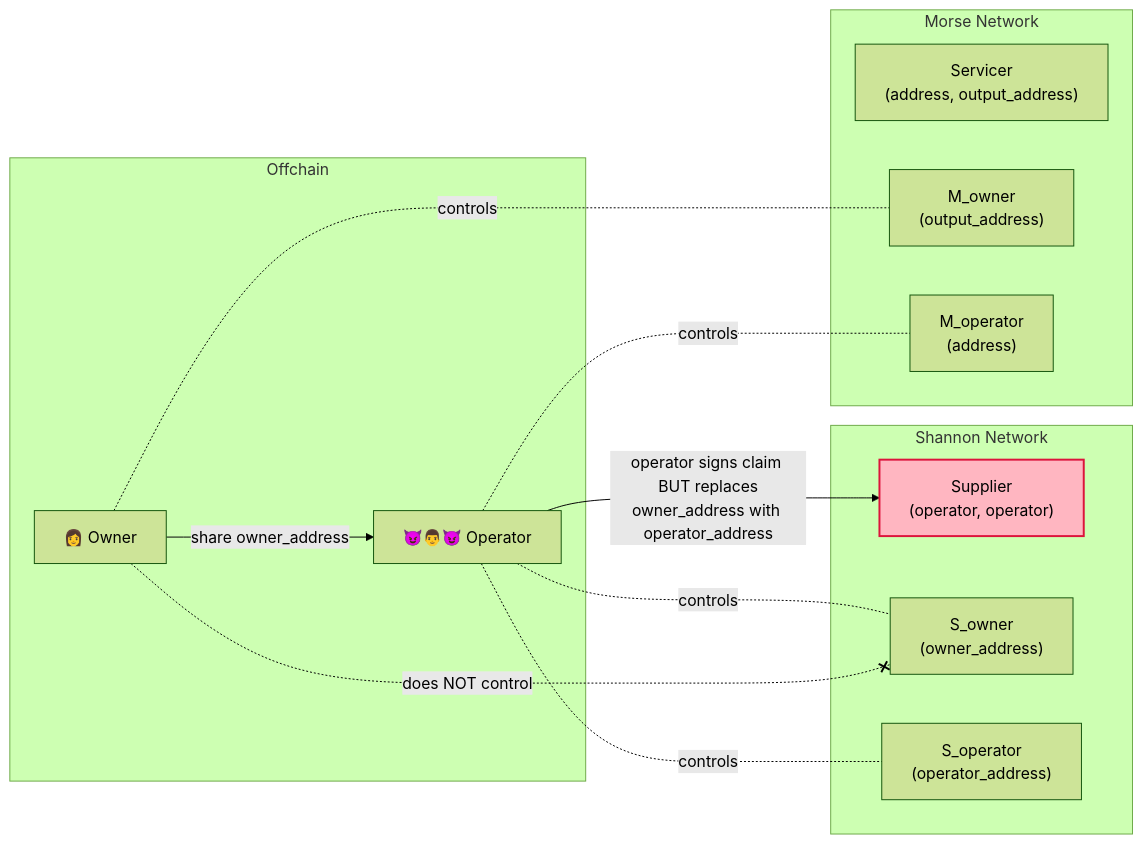
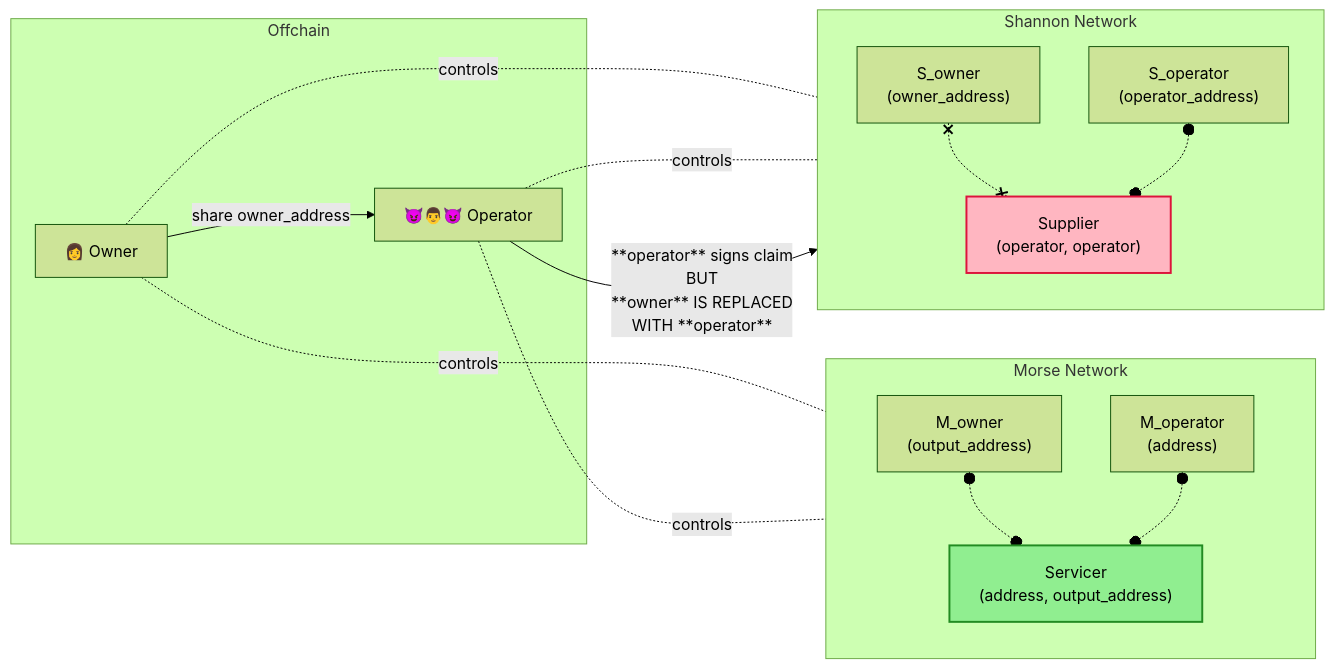
Before and after one commit to pokt-network/poktroll: the fourth of 4 diagrams in docusaurus/docs/2_explore/4_morse_migration/10_non_custodial_intro.md, drawn with Mermaid (forest theme). The commit also changed other lines of this file, not shown here.

````diff
--- a/docusaurus/docs/2_explore/4_morse_migration/10_non_custodial_intro.md
+++ b/docusaurus/docs/2_explore/4_morse_migration/10_non_custodial_intro.md
@@ -209,31 +234,42 @@
 ```mermaid
 graph LR
     subgraph Offchain[Offchain]
         Owner["👩 Owner"]
         Operator["😈👨😈 Operator"]
     end
 
     subgraph Morse[Morse Network]
+        direction TB
+
+        M_owner["M_owner<br/>(output_address)"]
         Servicer["Servicer<br/>(address, output_address)"]
-        M_owner["M_owner<br/>(output_address)"]
         M_operator["M_operator<br/>(address)"]
+
+        M_owner o-.-o Servicer
+        M_operator o-.-o Servicer
     end
 
     subgraph Shannon[Shannon Network]
+        direction TB
+
+        S_owner["S_owner<br/>(owner_address)"]
         Supplier["Supplier<br/>(operator, operator)"]
-        S_owner["S_owner<br/>(owner_address)"]
         S_operator["S_operator<br/>(operator_address)"]
+
+        S_owner x-.-x Supplier
+        S_operator o-.-o Supplier
     end
 
     Owner -.-|"controls"| M_owner
-    Owner -.-x|"does NOT control"| S_owner
-    Operator -.-|"controls"| S_owner
+    Owner -.-|"controls"| S_owner
     Operator -.-|"controls"| M_operator
     Operator -.-|"controls"| S_operator
 
     Owner -->|share owner_address<br/> | Operator
-    Operator -->|"operator signs claim <br/> BUT replaces <br/>owner_address with operator_address<br/>"| Supplier
+    Operator -->|"**operator** signs claim <br/> BUT <br/>**owner** IS REPLACED <br/> WITH **operator**<br/>"| Supplier
 
     classDef red fill:#FFB6C1,stroke:#DC143C,stroke-width:2px,color:#000000
+    classDef green fill:#90EE90,stroke:#228B22,stroke-width:2px,color:#000000
     class Supplier red
+    class Servicer green
 ```
````
